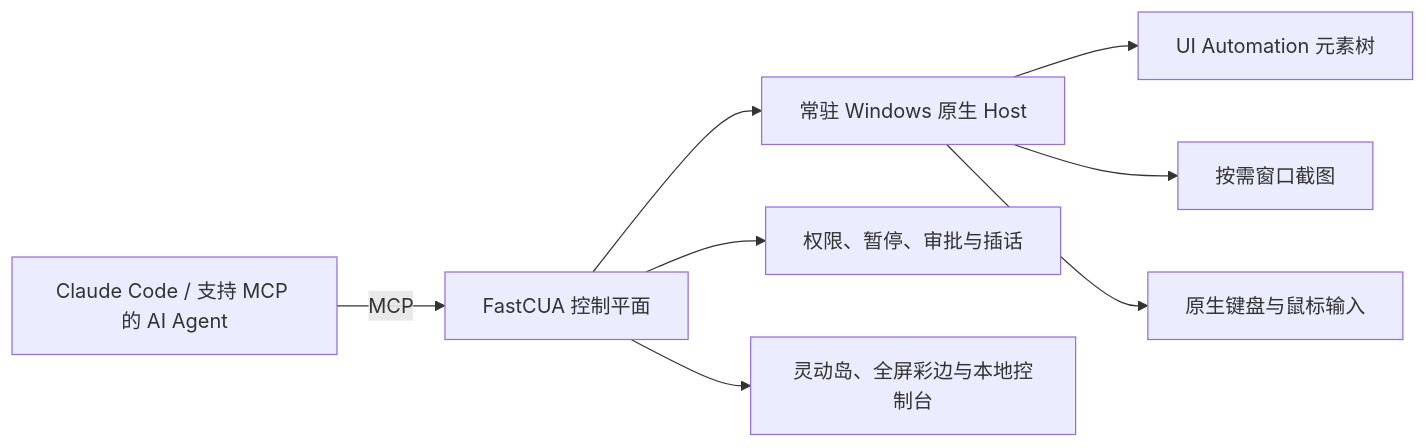
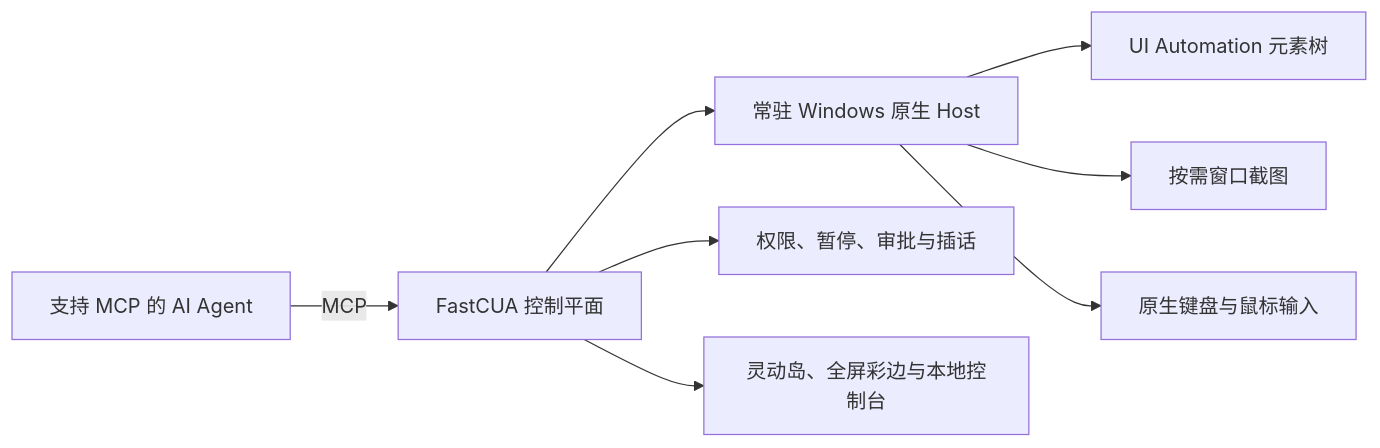
One commit to Guojiz/FastCUA changed the diagram in README_zh.md. Above: the diagram before and after it, drawn with Mermaid. The commit also changed other lines of this file and 20 other files, not shown here.

Commit message:
Stabilize FastCUA v0.1.3 release

````diff
--- a/README_zh.md
+++ b/README_zh.md
@@ -111,10 +111,10 @@
 ```mermaid
 flowchart LR
-  A["Claude Code / 支持 MCP 的 AI Agent"] -->|"MCP"| B["FastCUA 控制平面"]
+  A["支持 MCP 的 AI Agent"] -->|"MCP"| B["FastCUA 控制平面"]
   B --> C["常驻 Windows 原生 Host"]
   C --> D["UI Automation 元素树"]
   C --> E["按需窗口截图"]
   C --> F["原生键盘与鼠标输入"]
   B --> G["权限、暂停、审批与插话"]
   B --> H["灵动岛、全屏彩边与本地控制台"]
 ```
````
